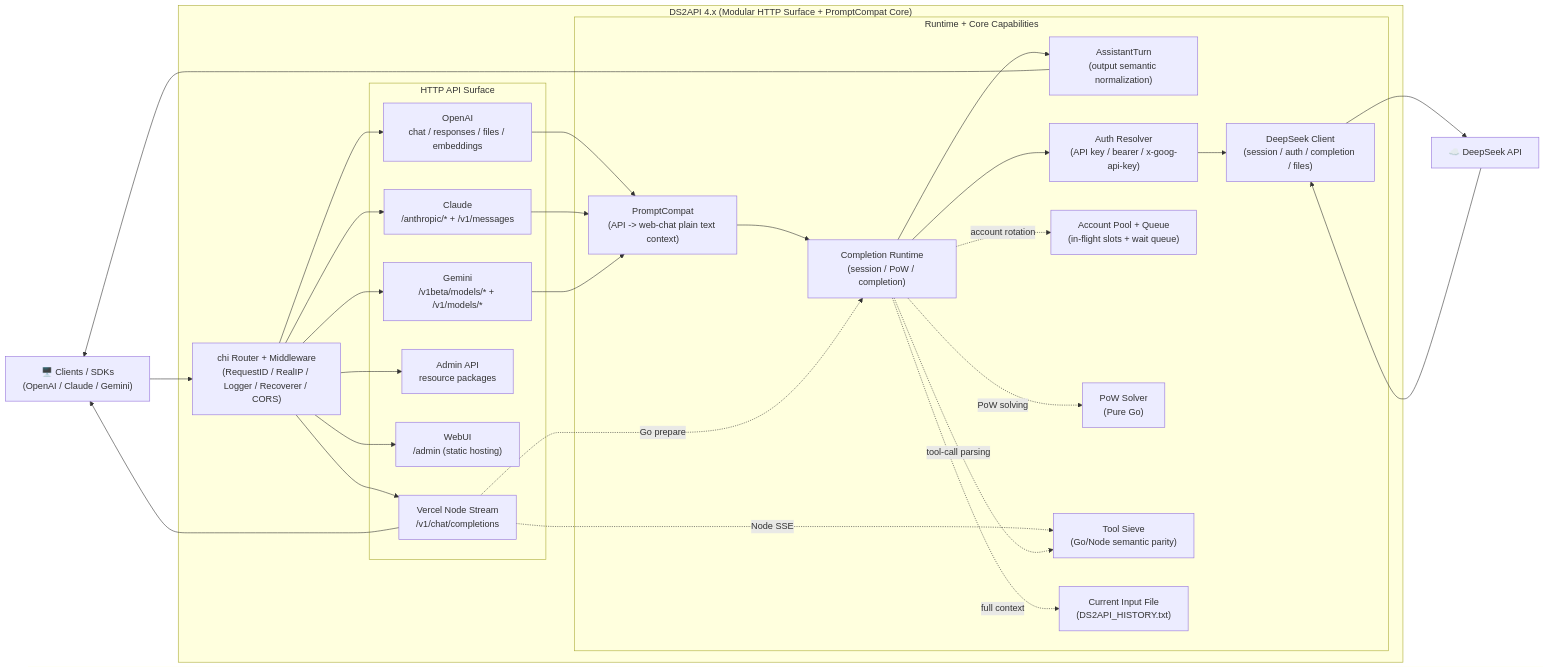
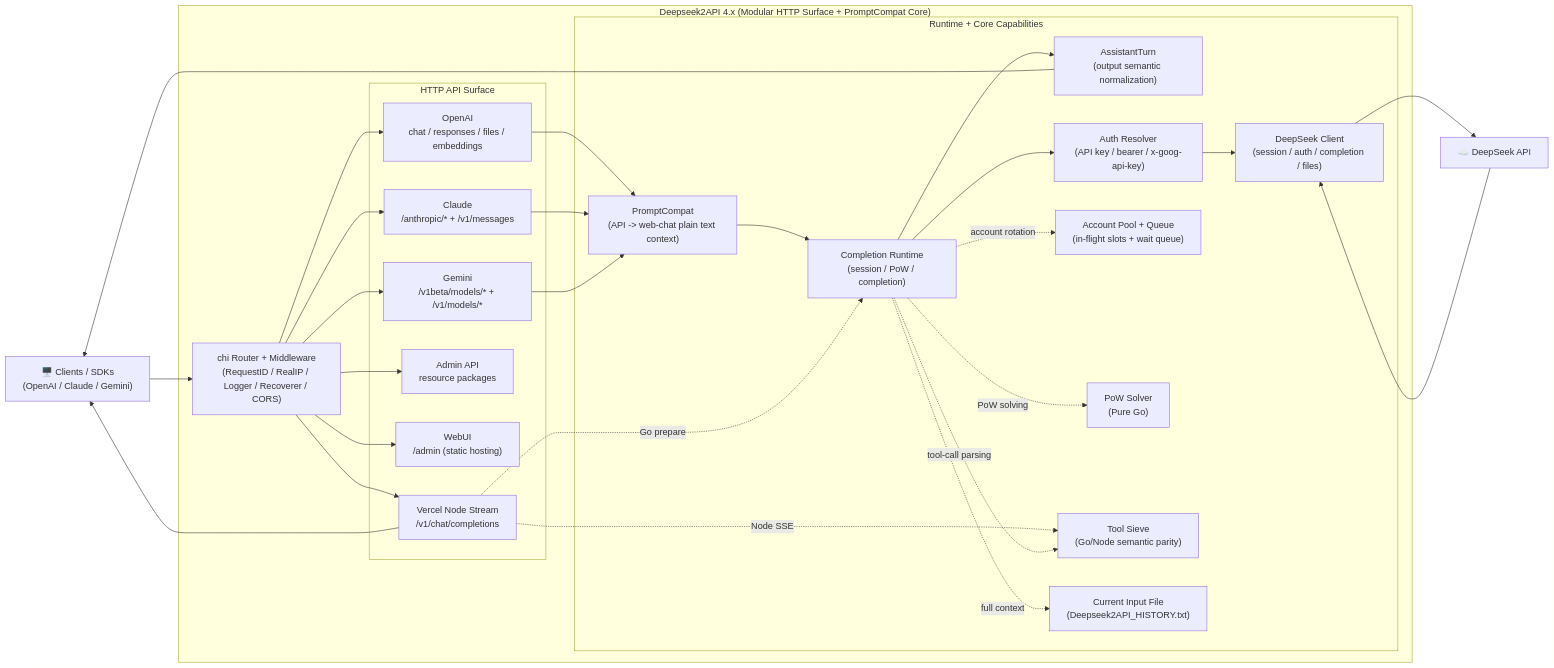
The diagram in README.en.md (zengtao227/Deepseek2API), drawn with Mermaid before and after one commit. The commit also changed other lines of this file and 270 other files, not shown here.

Commit message:
refactor: 全量内核更名为 Deepseek2API 并同步 Go 模块名

````diff
--- a/README.en.md
+++ b/README.en.md
@@ -67,53 +67,53 @@
 ```mermaid
 flowchart LR
     Client["🖥️ Clients / SDKs\n(OpenAI / Claude / Gemini)"]
     Upstream["☁️ DeepSeek API"]
 
-    subgraph DS2API["DS2API 4.x (Modular HTTP Surface + PromptCompat Core)"]
+    subgraph Deepseek2API["Deepseek2API 4.x (Modular HTTP Surface + PromptCompat Core)"]
         Router["chi Router + Middleware\n(RequestID / RealIP / Logger / Recoverer / CORS)"]
 
         subgraph HTTP["HTTP API Surface"]
             OA["OpenAI\nchat / responses / files / embeddings"]
             CA["Claude\n/anthropic/* + /v1/messages"]
             GA["Gemini\n/v1beta/models/* + /v1/models/*"]
             Admin["Admin API\nresource packages"]
             WebUI["WebUI\n/admin (static hosting)"]
             Vercel["Vercel Node Stream\n/v1/chat/completions"]
         end
 
         subgraph Runtime["Runtime + Core Capabilities"]
             Compat["PromptCompat\n(API -> web-chat plain text context)"]
             Completion["Completion Runtime\n(session / PoW / completion)"]
             Turn["AssistantTurn\n(output semantic normalization)"]
             Auth["Auth Resolver\n(API key / bearer / x-goog-api-key)"]
             Pool["Account Pool + Queue\n(in-flight slots + wait queue)"]
             DSClient["DeepSeek Client\n(session / auth / completion / files)"]
             Pow["PoW Solver\n(Pure Go)"]
             Tool["Tool Sieve\n(Go/Node semantic parity)"]
-            History["Current Input File\n(DS2API_HISTORY.txt)"]
+            History["Current Input File\n(Deepseek2API_HISTORY.txt)"]
         end
     end
 
     Client --> Router
     Router --> OA & CA & GA
     Router --> Admin
     Router --> WebUI
     Router --> Vercel
 
     OA --> Compat
     CA & GA --> Compat
     Compat --> Completion
     Completion -.full context.-> History
     Completion --> Turn
     Vercel -.Go prepare.-> Completion
     Vercel -.Node SSE.-> Tool
     Completion --> Auth
     Completion -.account rotation.-> Pool
     Completion -.tool-call parsing.-> Tool
     Completion -.PoW solving.-> Pow
     Auth --> DSClient
     DSClient --> Upstream
     Upstream --> DSClient
     Turn --> Client
     Vercel --> Client
 ```
````
